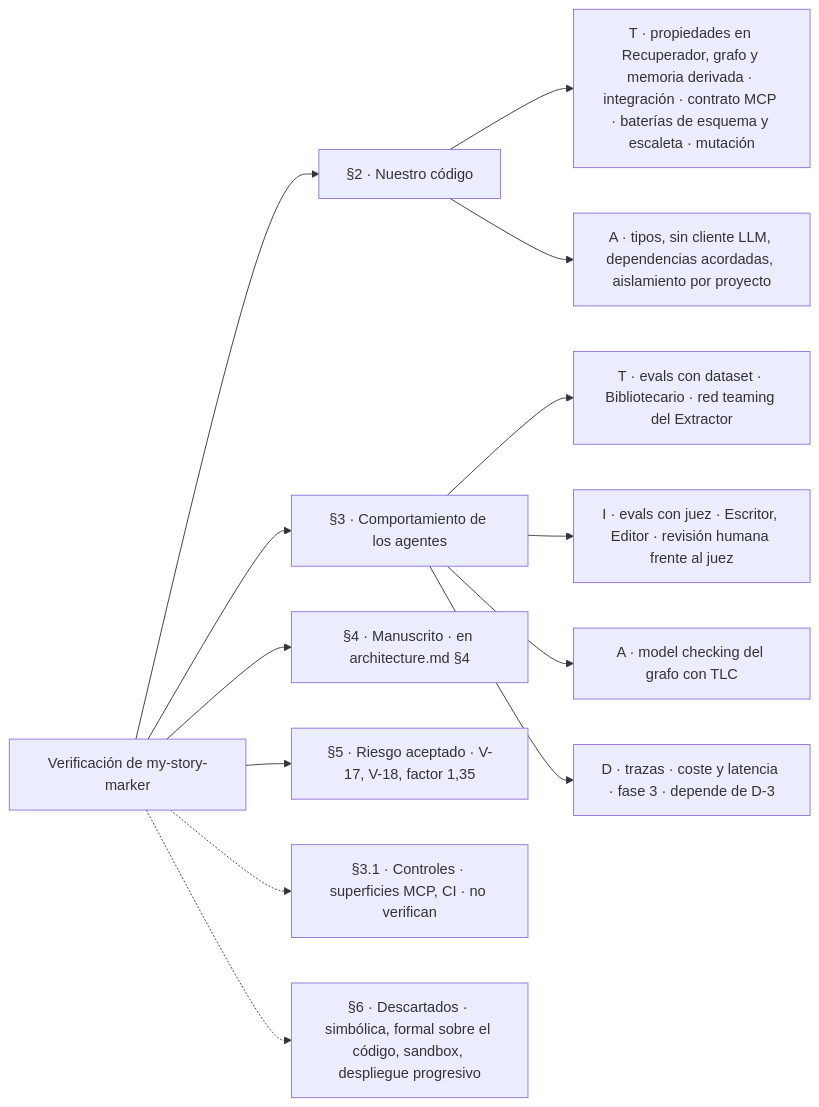
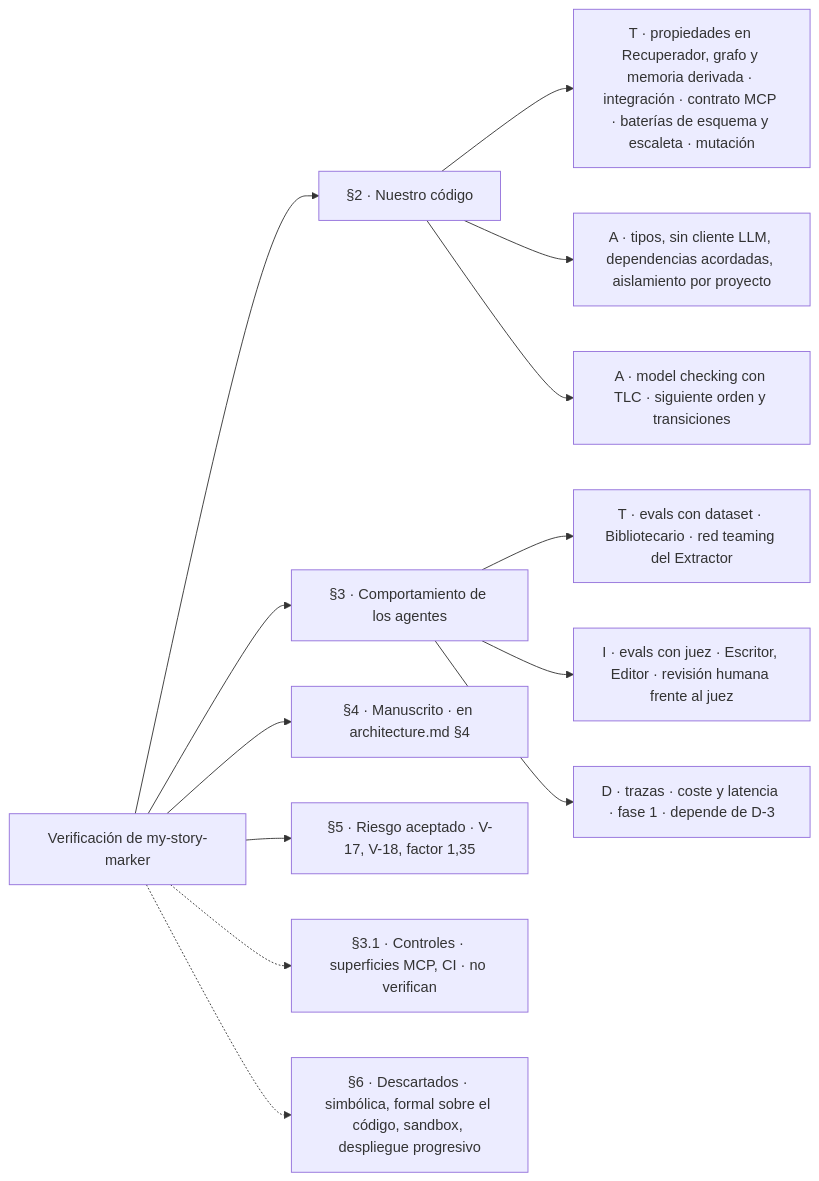
One commit to Asieribarz/my-story-marker changed the second of 2 diagrams in docs/validators.md. Above: the diagram before and after it, drawn with Mermaid. The commit also changed other lines of this file and 5 other files, not shown here.

````diff
--- a/docs/validators.md
+++ b/docs/validators.md
@@ -289,18 +292,18 @@
 ```mermaid
 flowchart LR
   V["Verificación de my-story-marker"] --> C["§2 · Nuestro código"]
   V --> A["§3 · Comportamiento de los agentes"]
   V --> M["§4 · Manuscrito · en architecture.md §4"]
 
   C --> CT["T · propiedades en Recuperador, grafo y memoria derivada · integración · contrato MCP · baterías de esquema y escaleta · mutación"]
   C --> CA["A · tipos, sin cliente LLM, dependencias acordadas, aislamiento por proyecto"]
 
   A --> AT["T · evals con dataset · Bibliotecario · red teaming del Extractor"]
   A --> AI["I · evals con juez · Escritor, Editor · revisión humana frente al juez"]
-  A --> AA["A · model checking del grafo con TLC"]
-  A --> AD["D · trazas · coste y latencia · fase 3 · depende de D-3"]
+  C --> CM["A · model checking con TLC · siguiente orden y transiciones"]
+  A --> AD["D · trazas · coste y latencia · fase 1 · depende de D-3"]
 
   V --> U["§5 · Riesgo aceptado · V-17, V-18, factor 1,35"]
   V -.-> CTL["§3.1 · Controles · superficies MCP, CI · no verifican"]
   V -.-> X["§6 · Descartados · simbólica, formal sobre el código, sandbox, despliegue progresivo"]
 ```
````
